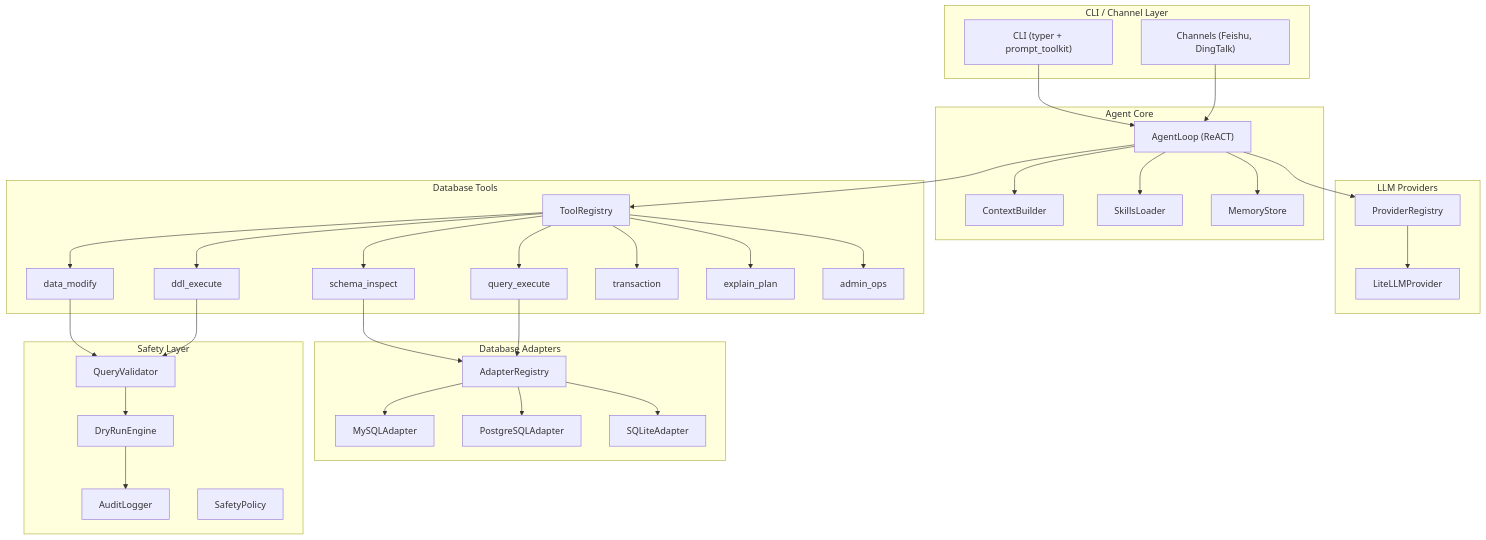
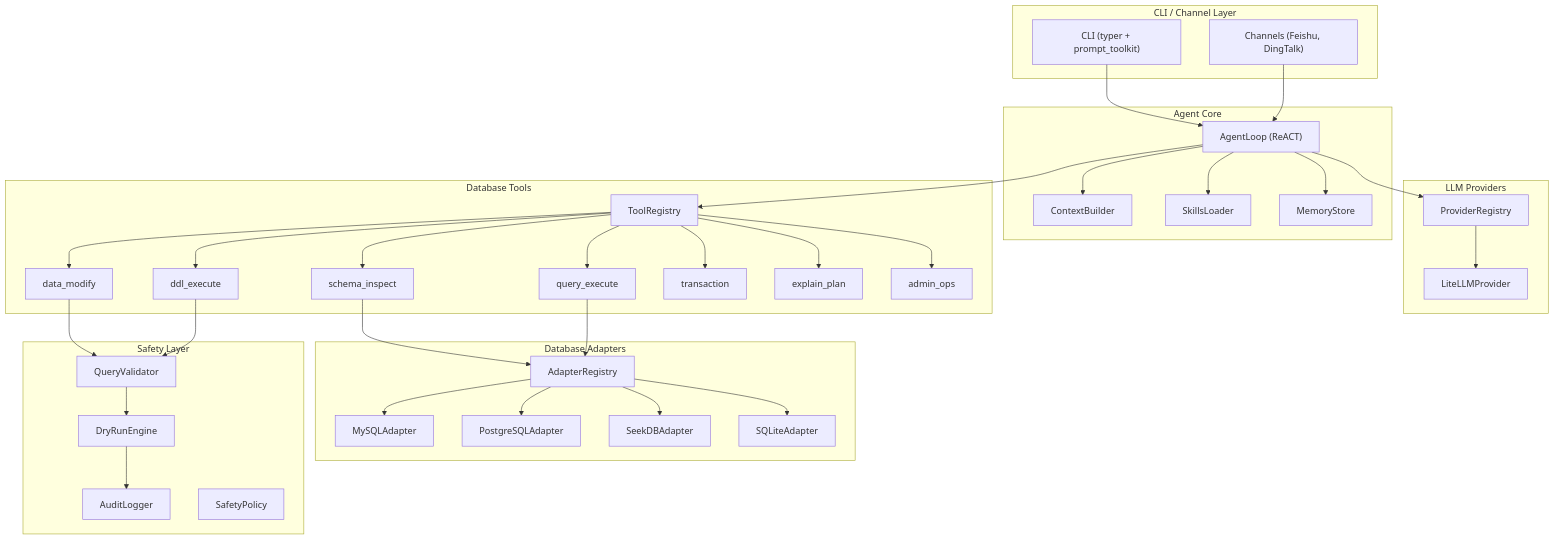
One commit to queryclaw/queryclaw changed the diagram in docs/PLAN_ARCHITECTURE.md. Above: the diagram before and after it, drawn with Mermaid. The commit also changed other lines of this file and 18 other files, not shown here.

````diff
--- a/docs/PLAN_ARCHITECTURE.md
+++ b/docs/PLAN_ARCHITECTURE.md
@@ -15,69 +15,71 @@
 ```mermaid
 graph TB
     subgraph cli [CLI / Channel Layer]
         UserCLI["CLI (typer + prompt_toolkit)"]
         Channels["Channels (Feishu, DingTalk)"]
     end
 
     subgraph core [Agent Core]
         AgentLoop["AgentLoop (ReACT)"]
         Context["ContextBuilder"]
         Skills["SkillsLoader"]
         Memory["MemoryStore"]
     end
 
     subgraph providers [LLM Providers]
         Registry["ProviderRegistry"]
         LiteLLM["LiteLLMProvider"]
     end
 
     subgraph tools [Database Tools]
         ToolReg["ToolRegistry"]
         SchemaInspect["schema_inspect"]
         QueryExec["query_execute"]
         DataModify["data_modify"]
         DDLOps["ddl_execute"]
         TxnMgmt["transaction"]
         ExplainPlan["explain_plan"]
         AdminOps["admin_ops"]
     end
 
     subgraph db [Database Adapters]
         DBRegistry["AdapterRegistry"]
         MySQL["MySQLAdapter"]
         PostgreSQL["PostgreSQLAdapter"]
+        SeekDB["SeekDBAdapter"]
         SQLite["SQLiteAdapter"]
     end
 
     subgraph safety [Safety Layer]
         Validator["QueryValidator"]
         DryRun["DryRunEngine"]
         AuditLog["AuditLogger"]
         Sandbox["SafetyPolicy"]
     end
 
     UserCLI --> AgentLoop
     Channels --> AgentLoop
     AgentLoop --> Context
     AgentLoop --> Skills
     AgentLoop --> Memory
     AgentLoop --> Registry
     Registry --> LiteLLM
     AgentLoop --> ToolReg
     ToolReg --> SchemaInspect
     ToolReg --> QueryExec
     ToolReg --> DataModify
     ToolReg --> DDLOps
     ToolReg --> TxnMgmt
     ToolReg --> ExplainPlan
     ToolReg --> AdminOps
     SchemaInspect --> DBRegistry
     QueryExec --> DBRegistry
     DataModify --> Validator
     DDLOps --> Validator
     Validator --> DryRun
     DryRun --> AuditLog
     DBRegistry --> MySQL
     DBRegistry --> PostgreSQL
+    DBRegistry --> SeekDB
     DBRegistry --> SQLite
 ```
````
